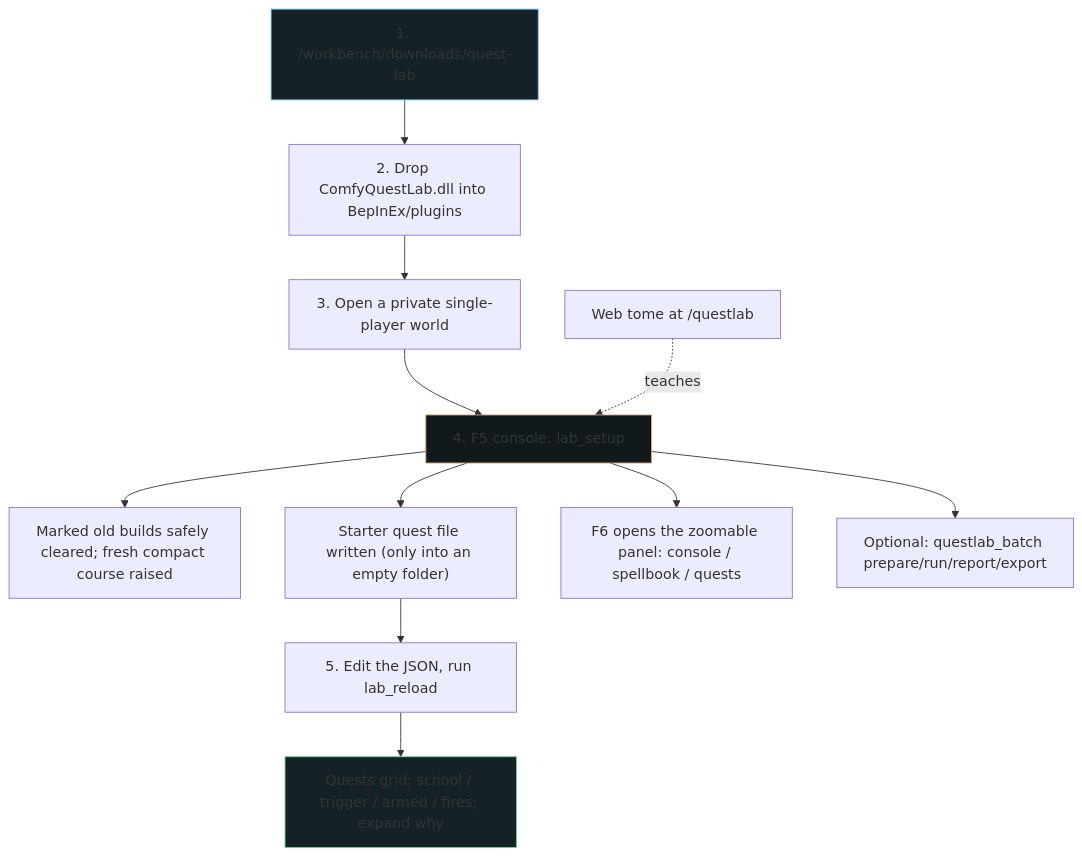
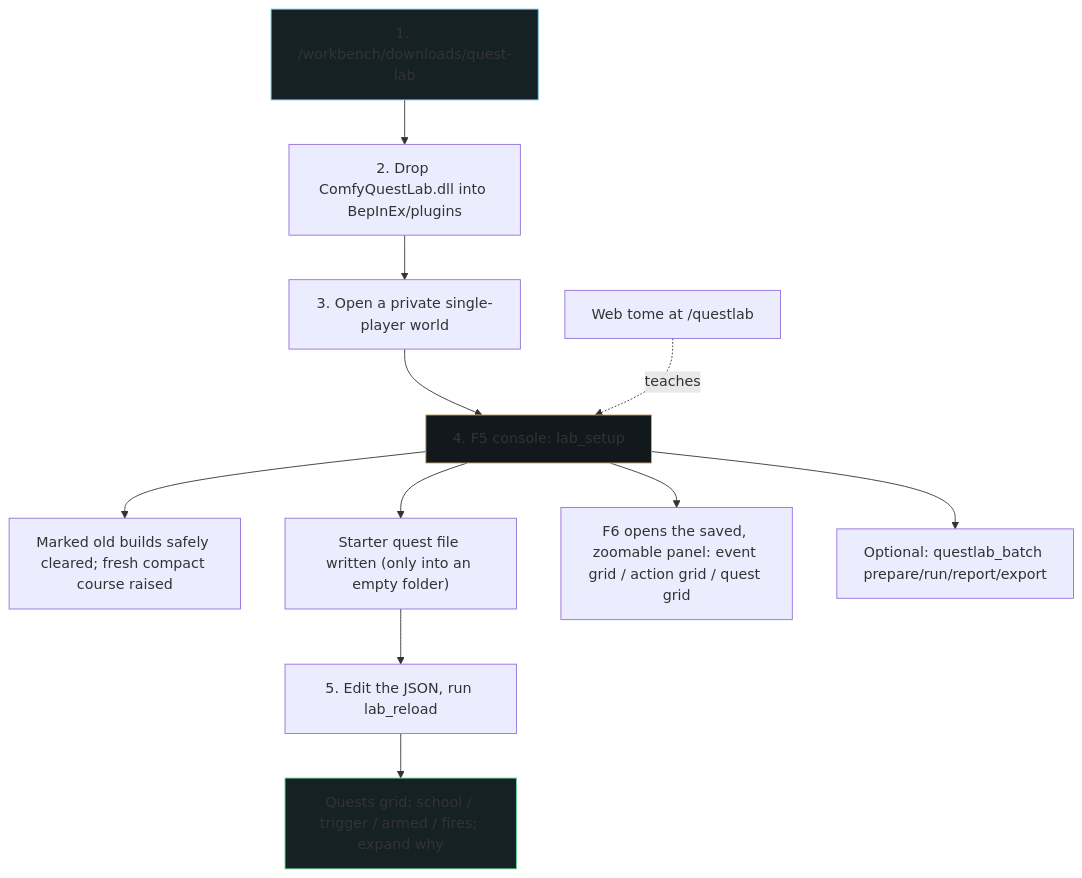
One commit to djcdevelopment/baseline changed the diagram in docs/quest-lab-turnkey-vision.md. Above: the diagram before and after it, drawn with Mermaid. The commit also changed other lines of this file and 15 other files, not shown here.

````diff
--- a/docs/quest-lab-turnkey-vision.md
+++ b/docs/quest-lab-turnkey-vision.md
@@ -29,20 +29,20 @@
 ```mermaid
 flowchart TD
     Link["1. /workbench/downloads/quest-lab"] --> Drop["2. Drop ComfyQuestLab.dll into BepInEx/plugins"]
     Drop --> Start["3. Open a private single-player world"]
     Start --> Setup["4. F5 console: lab_setup"]
 
     Setup --> Gallery["Marked old builds safely cleared; fresh compact course raised"]
     Setup --> Seed["Starter quest file written (only into an empty folder)"]
-    Setup --> Panel["F6 opens the zoomable panel: console / spellbook / quests"]
+    Setup --> Panel["F6 opens the saved, zoomable panel: event grid / action grid / quest grid"]
     Setup --> Batch["Optional: questlab_batch prepare/run/report/export"]
 
     Seed --> Edit["5. Edit the JSON, run lab_reload"]
     Edit --> Verdict["Quests grid: school / trigger / armed / fires; expand why"]
 
     Tome["Web tome at /questlab"] -.teaches.-> Setup
 
     style Link fill:#162126,stroke:#75c9f1
     style Setup fill:#11191d,stroke:#d7a86e
     style Verdict fill:#162126,stroke:#68d391
 ```
````
